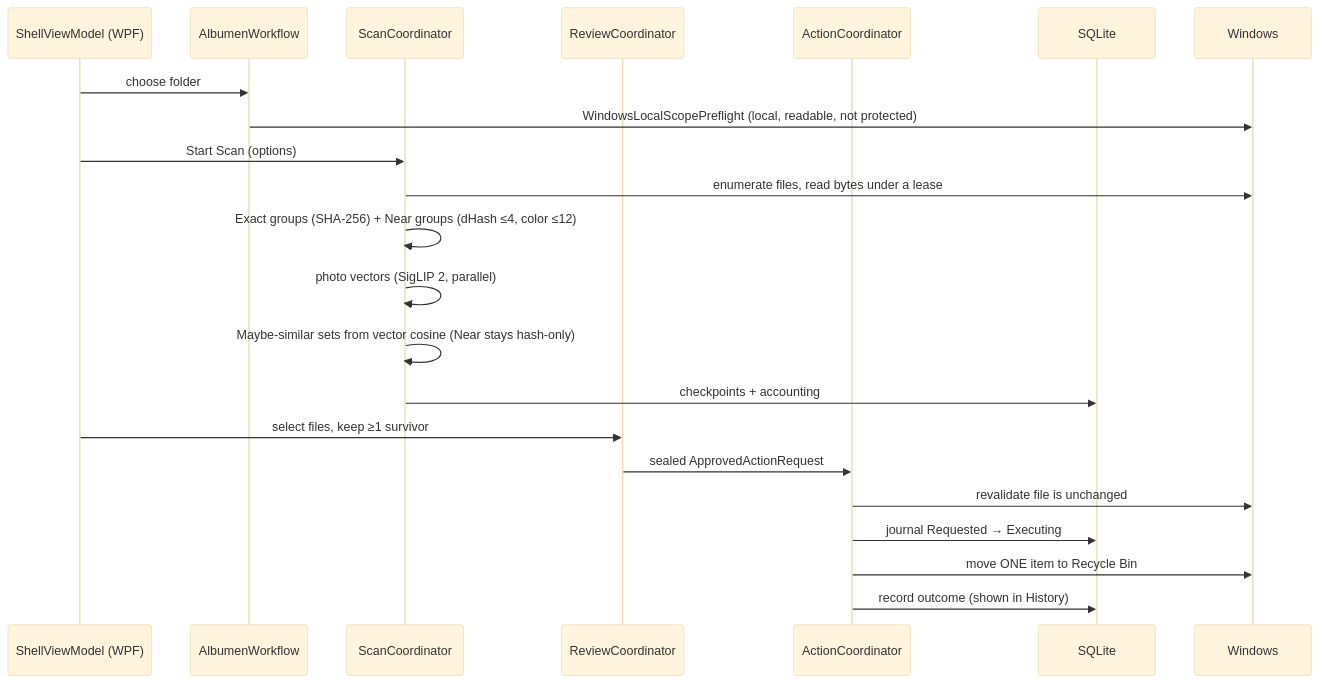
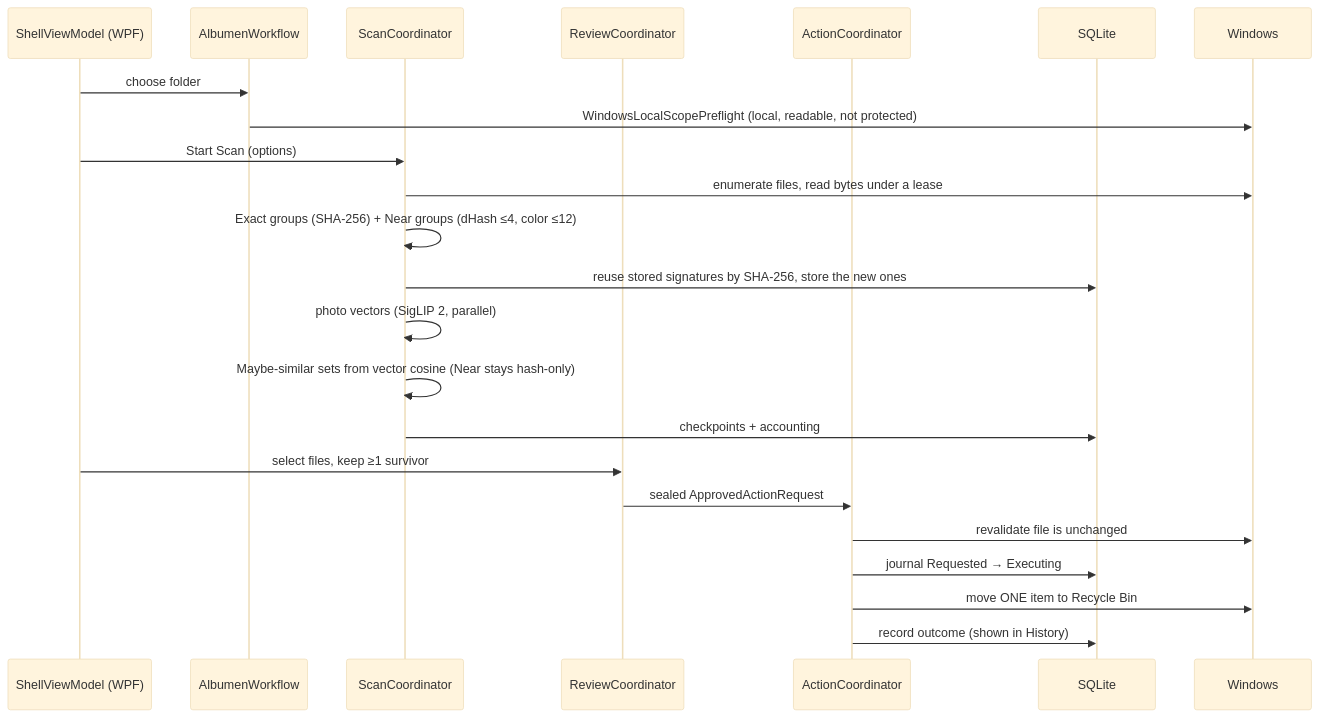
The second of 2 diagrams in docs/HOW-IT-WORKS.md (IgalFridman-dev/Albumen), drawn with Mermaid (base theme) before and after one commit. The commit also changed other lines of this file and 1 other file, not shown here.

First line of the commit message:
docs: describe signature reuse

````diff
--- a/docs/HOW-IT-WORKS.md
+++ b/docs/HOW-IT-WORKS.md
@@ -46,24 +46,25 @@
 ```mermaid
 sequenceDiagram
   participant UI as ShellViewModel (WPF)
   participant WF as AlbumenWorkflow
   participant Scan as ScanCoordinator
   participant Rev as ReviewCoordinator
   participant Act as ActionCoordinator
   participant DB as SQLite
   participant OS as Windows
   UI->>WF: choose folder
   WF->>OS: WindowsLocalScopePreflight (local, readable, not protected)
   UI->>Scan: Start Scan (options)
   Scan->>OS: enumerate files, read bytes under a lease
   Scan->>Scan: Exact groups (SHA-256) + Near groups (dHash ≤4, color ≤12)
+  Scan->>DB: reuse stored signatures by SHA-256, store the new ones
   Scan->>Scan: photo vectors (SigLIP 2, parallel)
   Scan->>Scan: Maybe-similar sets from vector cosine (Near stays hash-only)
   Scan->>DB: checkpoints + accounting
   UI->>Rev: select files, keep ≥1 survivor
   Rev->>Act: sealed ApprovedActionRequest
   Act->>OS: revalidate file is unchanged
   Act->>DB: journal Requested → Executing
   Act->>OS: move ONE item to Recycle Bin
   Act->>DB: record outcome (shown in History)
 ```
````
